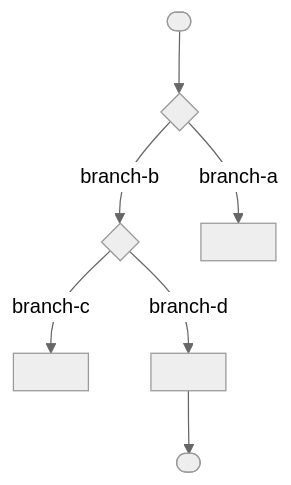
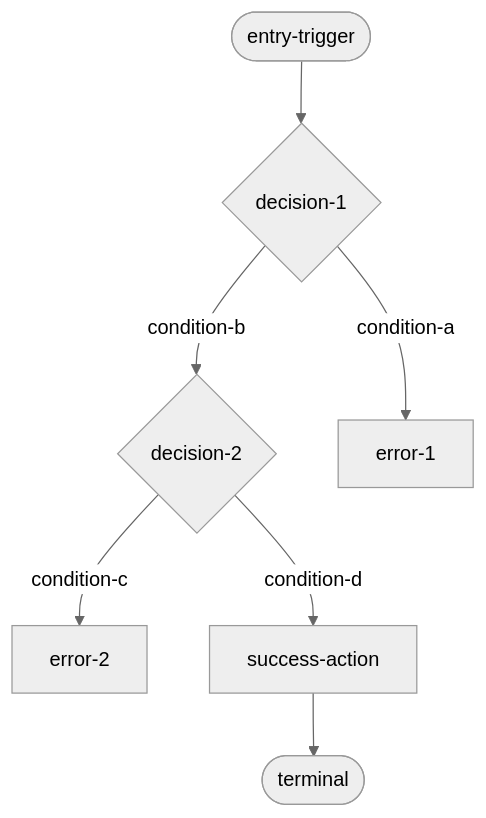
The third of 3 diagrams in generate-flow/templates/flow.template.md (minh-lb/ai-tools), drawn with Mermaid (neutral theme) before and after one commit. The commit also changed other lines of this file and 4 other files, not shown here.

First line of the commit message:
refactor(skills): redesign generate-flow template and output structure

````diff
--- a/generate-flow/templates/flow.template.md
+++ b/generate-flow/templates/flow.template.md
@@ -79,17 +95,17 @@
 ```mermaid
 flowchart TD
-    Start([<entry-trigger>])
-    D1{<decision-1>}
-    D2{<decision-2>}
-    E1[<error-or-exit-1>]
-    E2[<error-or-exit-2>]
-    OK[<success-action>]
-    Done([<terminal>])
+    Start([entry-trigger])
+    D1{decision-1}
+    D2{decision-2}
+    E1[error-1]
+    E2[error-2]
+    OK[success-action]
+    Done([terminal])
 
     Start --> D1
-    D1 --branch-a--> E1
-    D1 --branch-b--> D2
-    D2 --branch-c--> E2
-    D2 --branch-d--> OK
+    D1 --condition-a--> E1
+    D1 --condition-b--> D2
+    D2 --condition-c--> E2
+    D2 --condition-d--> OK
     OK --> Done
 ```
````
